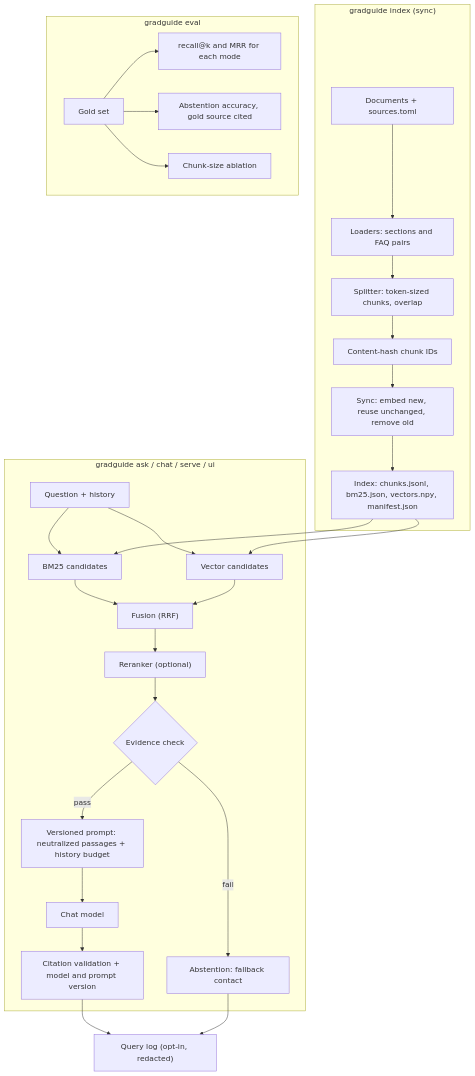
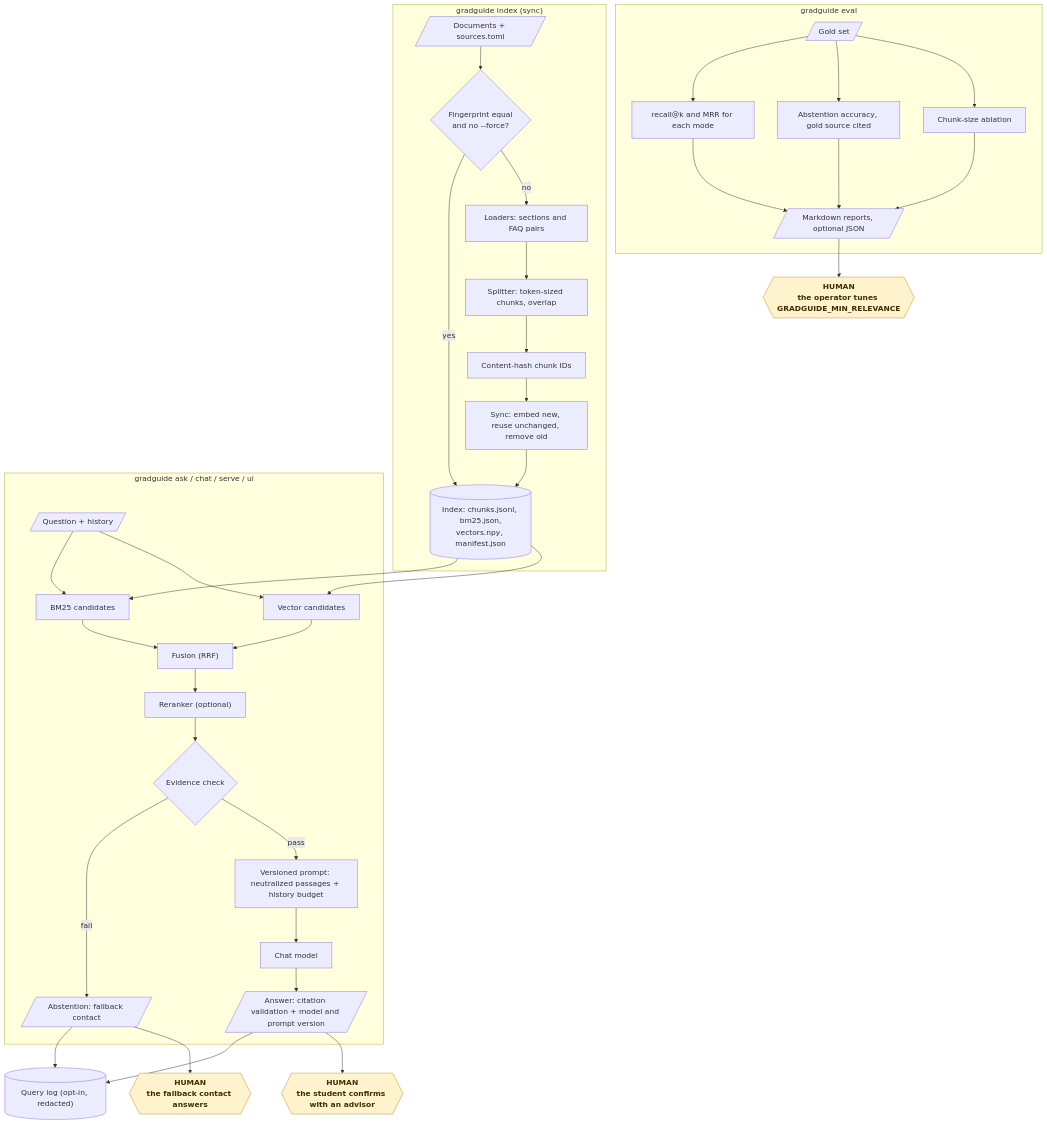
The fifth of 24 diagrams in README.md (KrishnaAnnavaram/gradguide), drawn with Mermaid before and after one commit. The commit also changed other lines of this file, not shown here.

Commit message:
Add the workflow diagrams to the README

````diff
--- a/README.md
+++ b/README.md
@@ -234,31 +311,42 @@
 ```mermaid
-flowchart TB
+flowchart TD
     subgraph build["gradguide index (sync)"]
-        SRC["Documents + sources.toml"] --> LD["Loaders: sections and FAQ pairs"]
+        SRC[/"Documents + sources.toml"/] --> FP{"Fingerprint equal<br/>and no --force?"}
+        FP -- "yes" --> IX
+        FP -- "no" --> LD["Loaders: sections and FAQ pairs"]
         LD --> CH["Splitter: token-sized chunks, overlap"]
         CH --> ID["Content-hash chunk IDs"]
         ID --> SY["Sync: embed new, reuse unchanged, remove old"]
-        SY --> IX["Index: chunks.jsonl, bm25.json, vectors.npy, manifest.json"]
+        SY --> IX[("Index: chunks.jsonl, bm25.json,<br/>vectors.npy, manifest.json")]
     end
     subgraph answer["gradguide ask / chat / serve / ui"]
-        Q["Question + history"] --> B["BM25 candidates"]
+        Q[/"Question + history"/] --> B["BM25 candidates"]
         Q --> V["Vector candidates"]
         IX --> B
         IX --> V
         B --> F["Fusion (RRF)"]
         V --> F
         F --> RR["Reranker (optional)"]
         RR --> GATE{"Evidence check"}
-        GATE -->|"fail"| AB["Abstention: fallback contact"]
+        GATE -->|"fail"| AB[/"Abstention: fallback contact"/]
         GATE -->|"pass"| P["Versioned prompt: neutralized passages + history budget"]
         P --> LLM["Chat model"]
-        LLM --> CIT["Citation validation + model and prompt version"]
+        LLM --> CIT[/"Answer: citation validation + model and prompt version"/]
     end
-    CIT --> LOG["Query log (opt-in, redacted)"]
+    CIT --> LOG[("Query log (opt-in, redacted)")]
     AB --> LOG
+    AB --> HCONTACT{{"HUMAN<br/>the fallback contact answers"}}
+    CIT --> HCONFIRM{{"HUMAN<br/>the student confirms with an advisor"}}
     subgraph evaluation["gradguide eval"]
-        GS["Gold set"] --> M1["recall@k and MRR for each mode"]
+        GS[/"Gold set"/] --> M1["recall@k and MRR for each mode"]
         GS --> M2["Abstention accuracy, gold source cited"]
         GS --> M3["Chunk-size ablation"]
+        M1 --> REP[/"Markdown reports, optional JSON"/]
+        M2 --> REP
+        M3 --> REP
     end
+    REP --> HTUNE{{"HUMAN<br/>the operator tunes GRADGUIDE_MIN_RELEVANCE"}}
+
+    classDef human fill:#fff3cd,stroke:#b8901f,color:#3d2f00,font-weight:bold
+    class HCONTACT,HCONFIRM,HTUNE human
 ```
````
